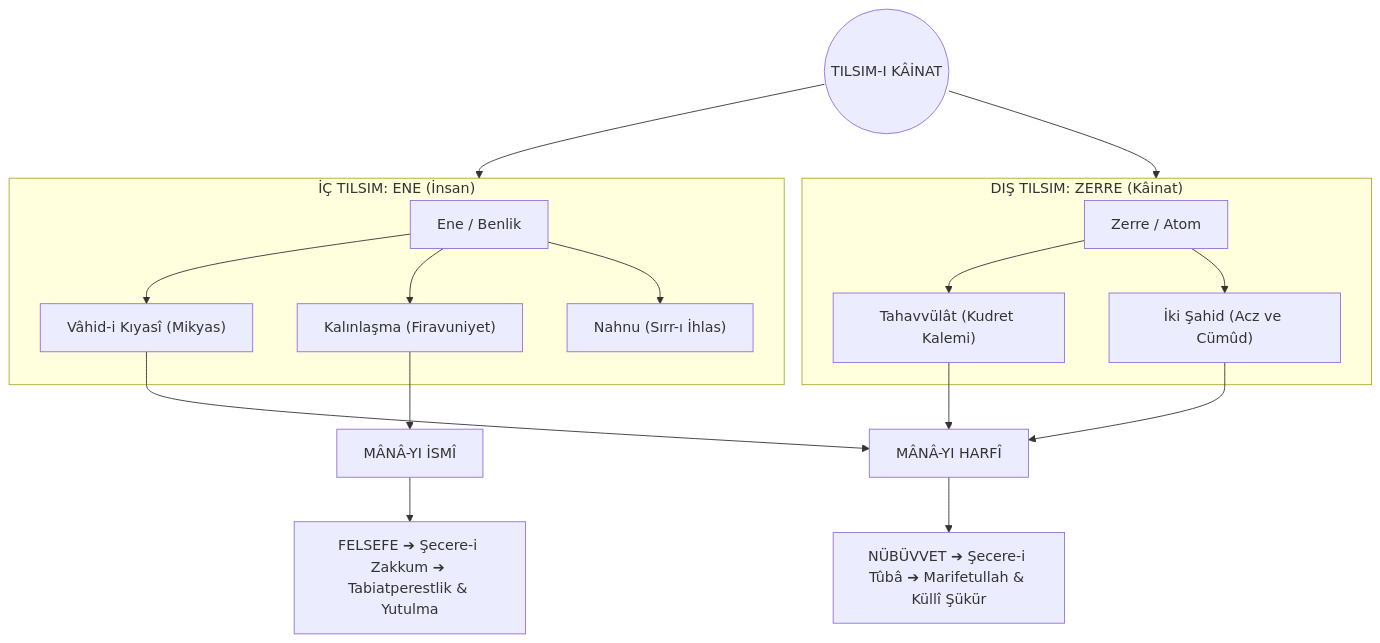
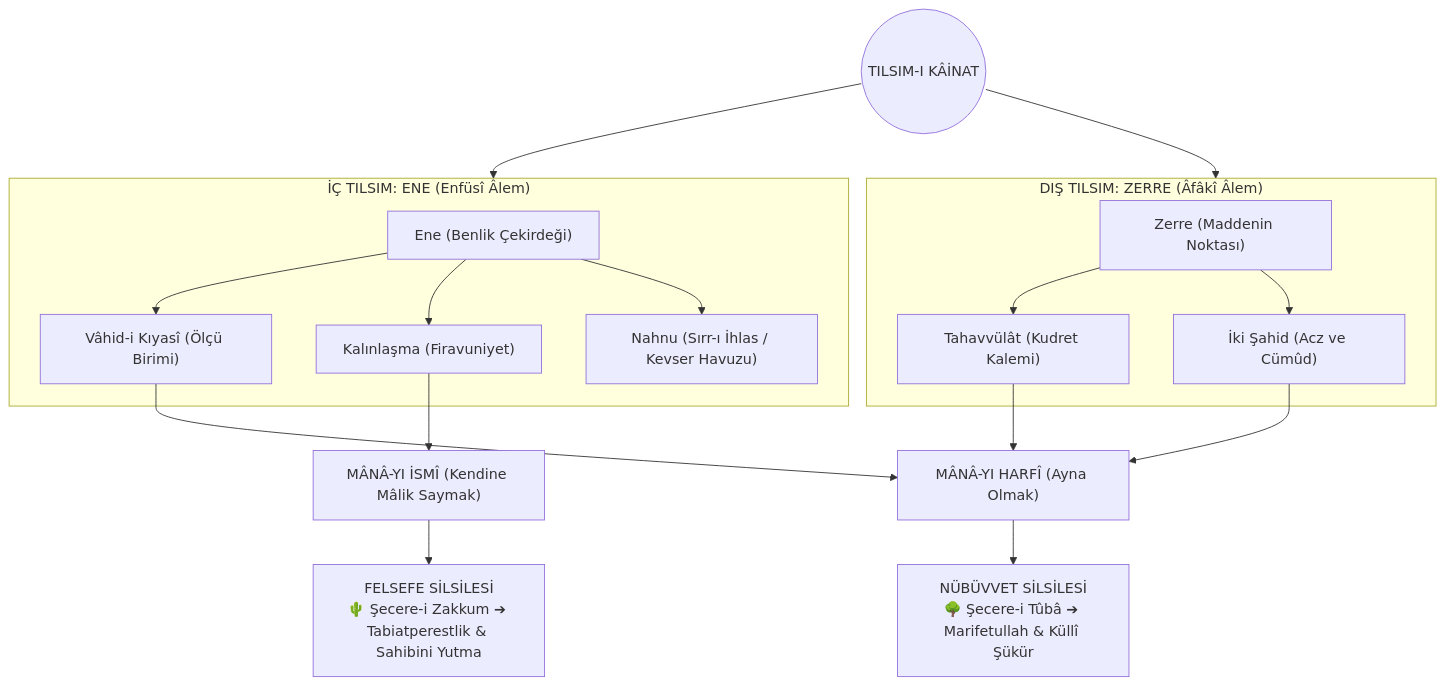
Before and after one commit to bahattinyunus/tilsim-i-kainat: the diagram in README.md, drawn with Mermaid. The commit also changed other lines of this file, not shown here.

````diff
--- a/README.md
+++ b/README.md
@@ -29,27 +33,27 @@
 ```mermaid
 flowchart TD
     T(("TILSIM-I KÂİNAT"))
     
-    subgraph IcTilsim["İÇ TILSIM: ENE (İnsan)"]
-        E["Ene / Benlik"] --> VK["Vâhid-i Kıyasî (Mikyas)"]
+    subgraph IcTilsim["İÇ TILSIM: ENE (Enfüsî Âlem)"]
+        E["Ene (Benlik Çekirdeği)"] --> VK["Vâhid-i Kıyasî (Ölçü Birimi)"]
         E --> K["Kalınlaşma (Firavuniyet)"]
-        E --> N["Nahnu (Sırr-ı İhlas)"]
+        E --> N["Nahnu (Sırr-ı İhlas / Kevser Havuzu)"]
     end
     
-    subgraph DisTilsim["DIŞ TILSIM: ZERRE (Kâinat)"]
-        Z["Zerre / Atom"] --> TZ["Tahavvülât (Kudret Kalemi)"]
+    subgraph DisTilsim["DIŞ TILSIM: ZERRE (Âfâkî Âlem)"]
+        Z["Zerre (Maddenin Noktası)"] --> TZ["Tahavvülât (Kudret Kalemi)"]
         Z --> SZ["İki Şahid (Acz ve Cümûd)"]
     end
     
     T --> IcTilsim
     T --> DisTilsim
     
-    VK --> MH["MÂNÂ-YI HARFÎ"]
+    VK --> MH["MÂNÂ-YI HARFÎ (Ayna Olmak)"]
     TZ --> MH
     SZ --> MH
     
-    K --> MI["MÂNÂ-YI İSMÎ"]
+    K --> MI["MÂNÂ-YI İSMÎ (Kendine Mâlik Saymak)"]
     
-    MH --> NUB["NÜBÜVVET ➔ Şecere-i Tûbâ ➔ Marifetullah & Küllî Şükür"]
-    MI --> FEL["FELSEFE ➔ Şecere-i Zakkum ➔ Tabiatperestlik & Yutulma"]
+    MH --> NUB["NÜBÜVVET SİLSİLESİ<br/>🌳 Şecere-i Tûbâ ➔ Marifetullah & Küllî Şükür"]
+    MI --> FEL["FELSEFE SİLSİLESİ<br/>🌵 Şecere-i Zakkum ➔ Tabiatperestlik & Sahibini Yutma"]
 ```
````
